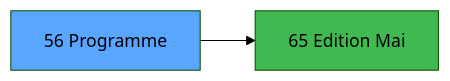
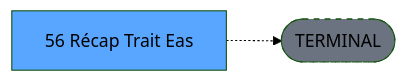
The third of 3 diagrams in .openspec/renders/ADH-IDE-56.md (thonyAGP/lecteur-magic), drawn with Mermaid (forest theme) before and after one commit. The commit also changed other lines of this file and 701 other files, not shown here.

````diff
--- a/.openspec/renders/ADH-IDE-56.md
+++ b/.openspec/renders/ADH-IDE-56.md
@@ -152,8 +139,8 @@
 ```mermaid
 graph LR
-    T[56 Programme]
-    C65[65 Edition  Mai]
-    T --> C65
+    T[56 Récap Trait Eas]
+    TERM([TERMINAL])
+    T -.-> TERM
+    style TERM fill:#6b7280,stroke-dasharray: 5 5
     style T fill:#58a6ff,color:#000
-    style C65 fill:#3fb950
 ```
````
